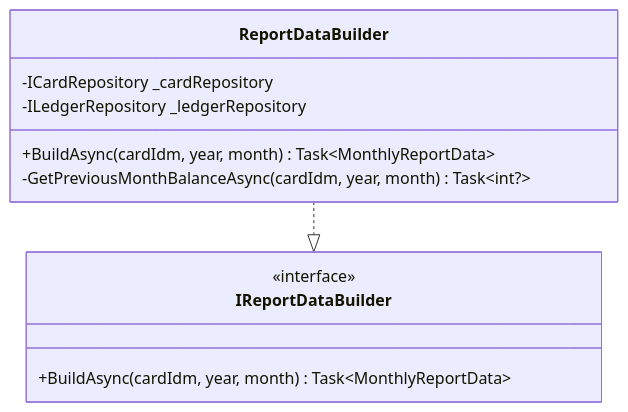
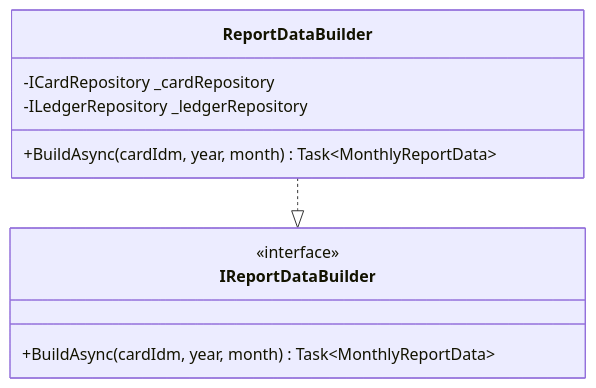
Before and after one commit to kuwayamamasayuki/ICCardManager: diagram 30 of 52 in ICCardManager/docs/design/05_クラス設計書.md, drawn with Mermaid. The commit also changed 8 other files, not shown here.

````diff
--- a/ICCardManager/docs/design/05_クラス設計書.md
+++ b/ICCardManager/docs/design/05_クラス設計書.md
@@ -2133,16 +2133,15 @@
 ```mermaid
 classDiagram
     class IReportDataBuilder {
         <<interface>>
         +BuildAsync(cardIdm, year, month) Task~MonthlyReportData~
     }
 
     class ReportDataBuilder {
         -ICardRepository _cardRepository
         -ILedgerRepository _ledgerRepository
         +BuildAsync(cardIdm, year, month) Task~MonthlyReportData~
-        -GetPreviousMonthBalanceAsync(cardIdm, year, month) Task~int?~
     }
 
     ReportDataBuilder ..|> IReportDataBuilder
 ```
````
